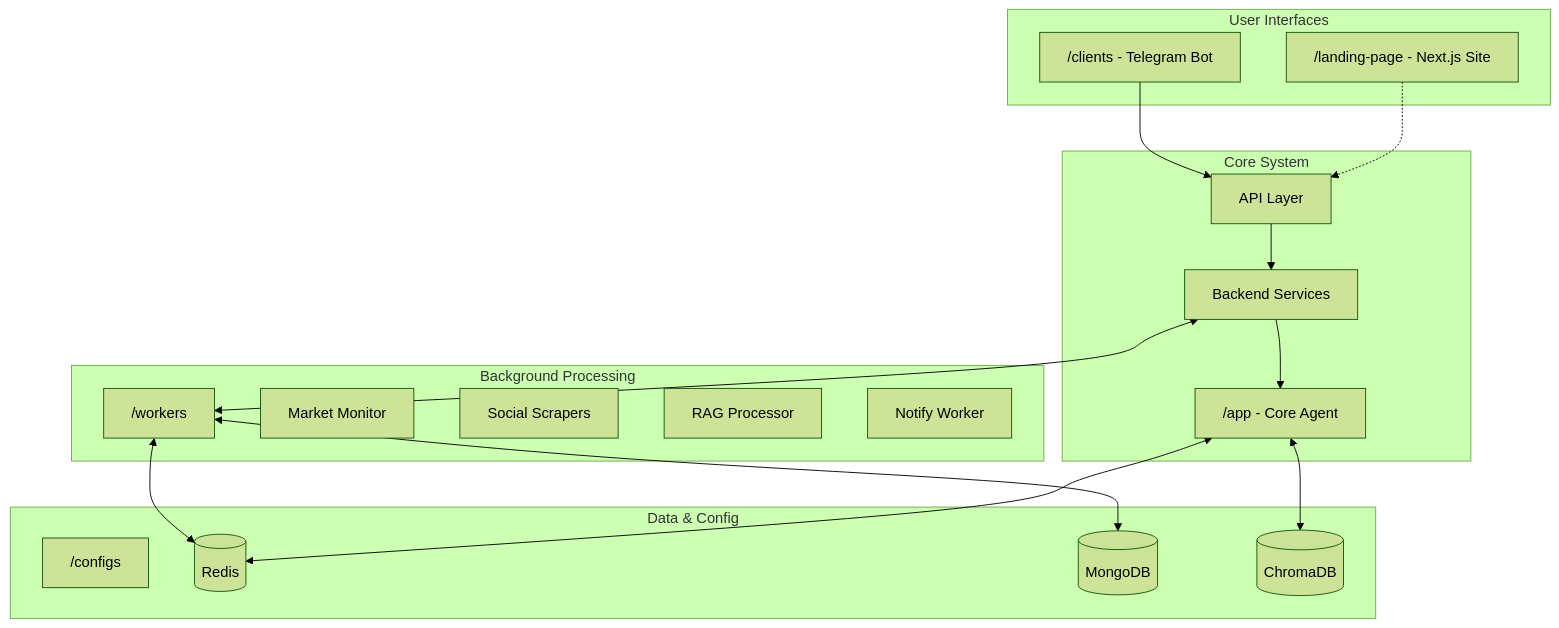
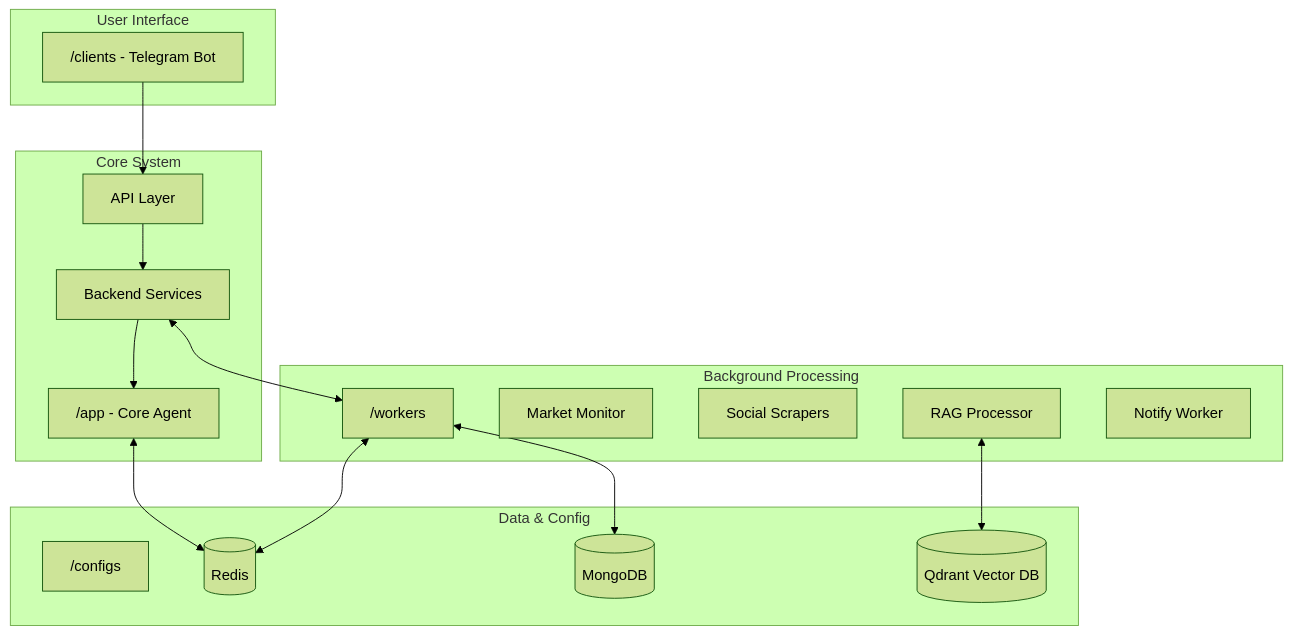
Before and after one commit to impressox/impressox-agent: the diagram in docs/README.md, drawn with Mermaid (forest theme). The commit also changed other lines of this file and 2 other files, not shown here.

````diff
--- a/docs/README.md
+++ b/docs/README.md
@@ -50,38 +49,36 @@
 ```mermaid
 graph TD
-    subgraph "User Interfaces"
+    subgraph "User Interface"
         Clients["/clients - Telegram Bot"]
-        Landing["/landing-page - Next.js Site"]
     end
 
     subgraph "Core System"
         App["/app - Core Agent"]
         API["API Layer"]
         Backend["Backend Services"]
     end
 
     subgraph "Background Processing"
         Workers["/workers"]
         Market["Market Monitor"]
         Scrapers["Social Scrapers"]
         RAG["RAG Processor"]
         Notify["Notify Worker"]
     end
 
     subgraph "Data & Config"
         Configs["/configs"]
         Redis[(Redis)]
         MongoDB[(MongoDB)]
-        ChromaDB[(ChromaDB)]
+        Qdrant[(Qdrant Vector DB)]
     end
 
     Clients --> API
-    Landing -.-> API
     API --> Backend
     Backend --> App
     Backend <--> Workers
     Workers <--> Redis
     Workers <--> MongoDB
     App <--> Redis
-    App <--> ChromaDB
+    RAG <--> Qdrant
 ```
````
